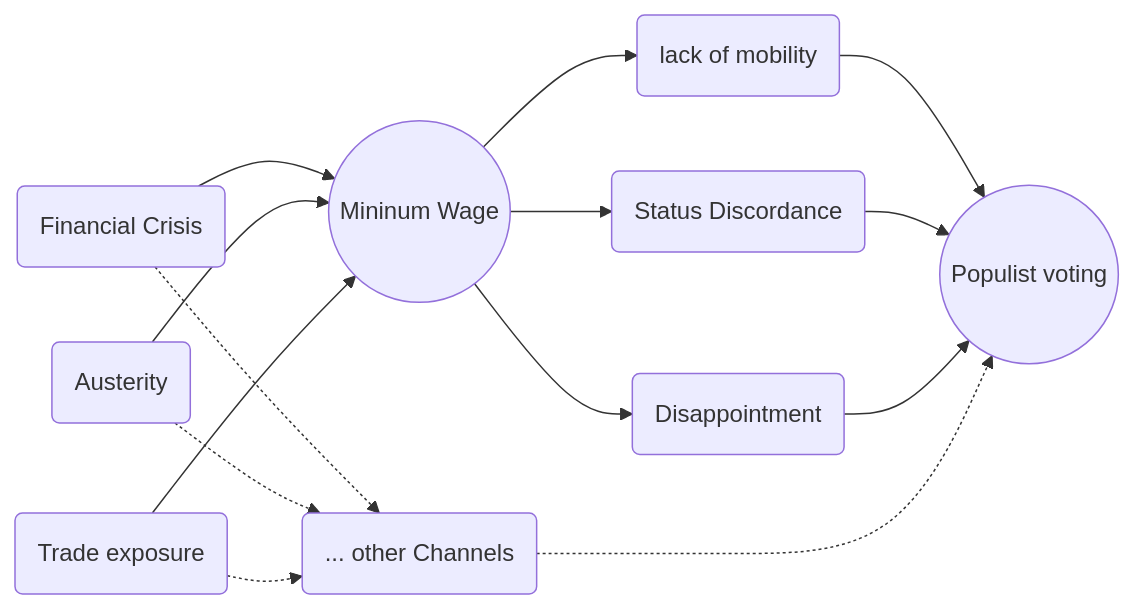
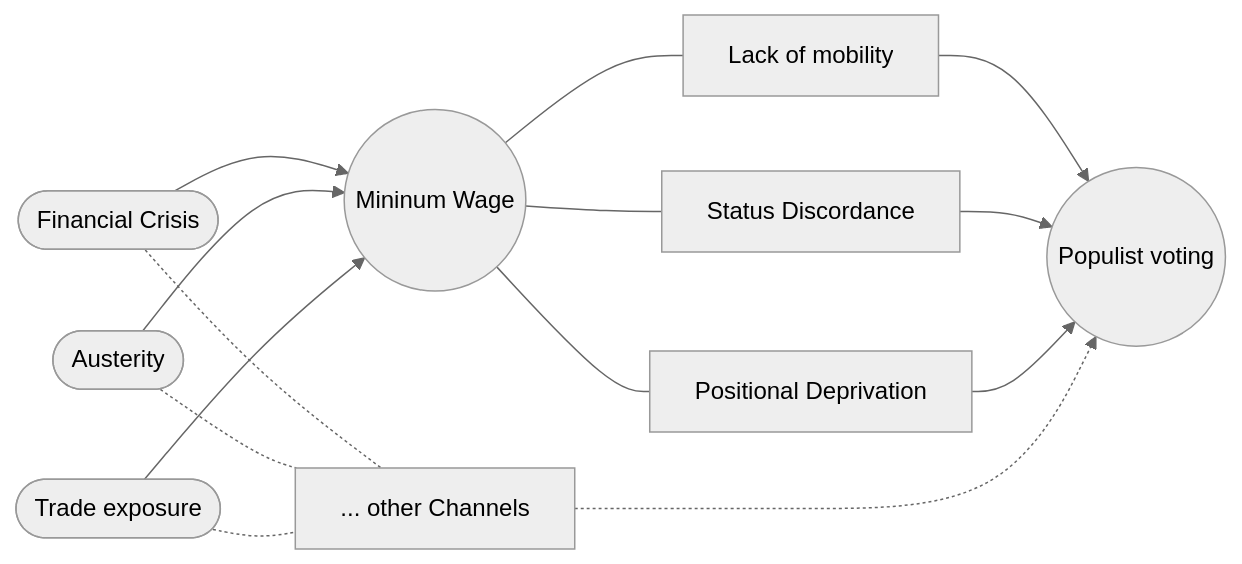
The diagram in 1-Lohn.qmd (skriptum/mindestlohn), drawn with Mermaid before and after one commit. The commit also changed other lines of this file and 11 other files, not shown here.

````diff
--- a/1-Lohn.qmd
+++ b/1-Lohn.qmd
@@ -301,11 +344,12 @@
 ```{mermaid}
+%%{init: {'theme': "neutral"}}%%
 graph LR
 
-A(Financial Crisis) & B(Austerity) & C(Trade exposure) --> MW((Mininum Wage))
+A([Financial Crisis]) & B([Austerity]) & C([Trade exposure]) --> MW((Mininum Wage))
 
-A & B & C -.-> O(... other Channels)
+A & B & C -.- O[... other Channels]
 
-MW --> D(lack of mobility) & E(Status Discordance) & F(Disappointment)
+MW --- D[Lack of mobility] & E[Status Discordance] & F[Positional Deprivation]
 --> AfD((Populist voting))
 O -.-> AfD
 ```
````
